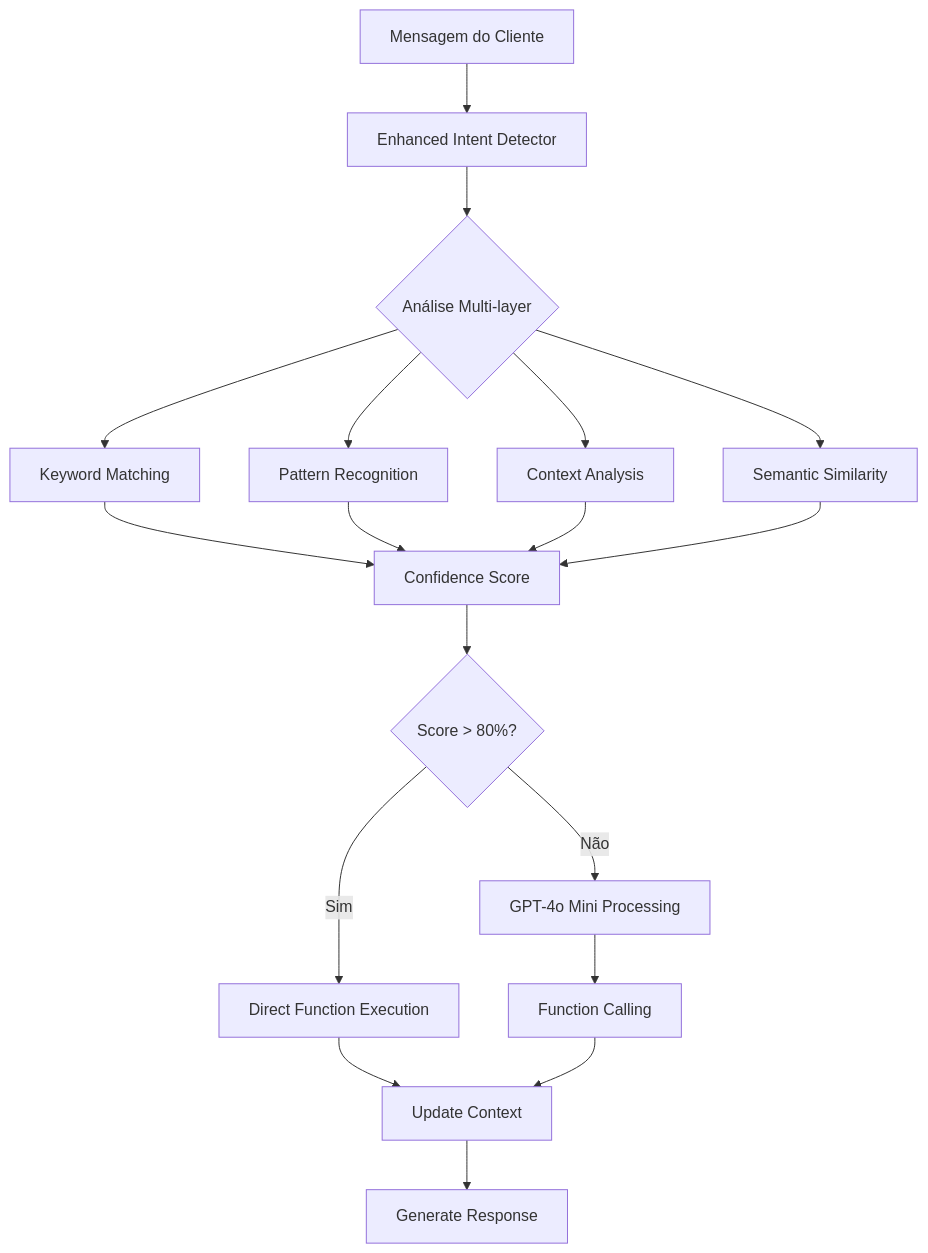
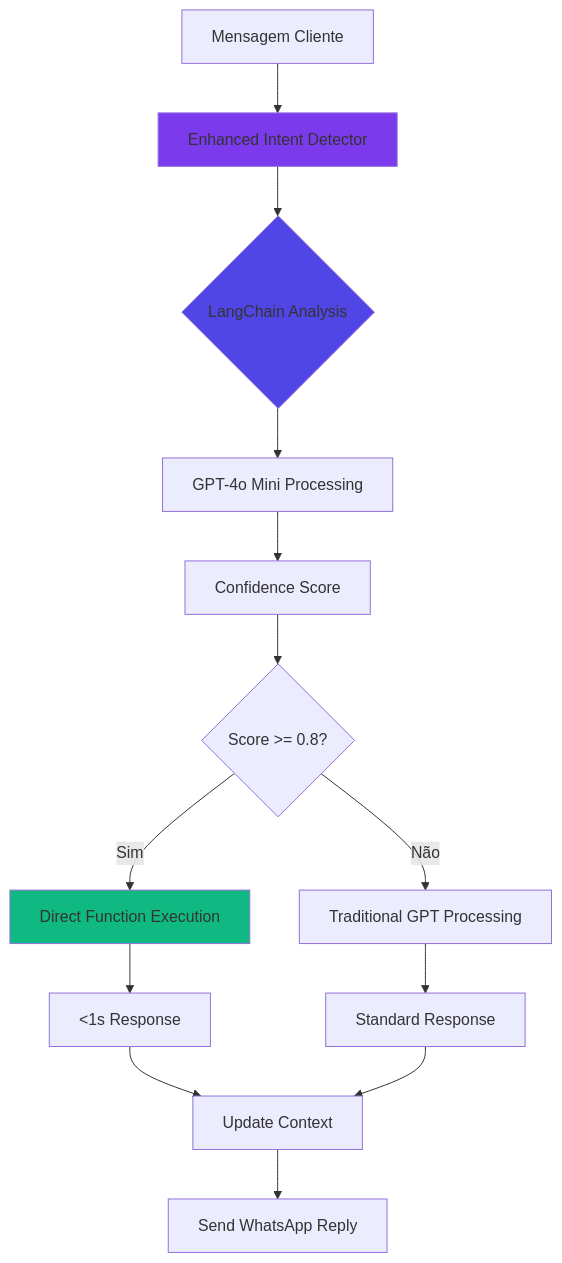
The first of 2 diagrams in SOFIA.md (IgorGewehr/locai), drawn with Mermaid before and after one commit. The commit also changed other lines of this file and 14 other files, not shown here.

````diff
--- a/SOFIA.md
+++ b/SOFIA.md
@@ -301,20 +112,19 @@
 ```mermaid
 graph TD
-    A[Mensagem do Cliente] --> B[Enhanced Intent Detector]
-    B --> C{Análise Multi-layer}
-    C --> D[Keyword Matching]
-    C --> E[Pattern Recognition]
-    C --> F[Context Analysis]
-    C --> G[Semantic Similarity]
-    D --> H[Confidence Score]
-    E --> H
-    F --> H
-    G --> H
-    H --> I{Score > 80%?}
-    I -->|Sim| J[Direct Function Execution]
-    I -->|Não| K[GPT-4o Mini Processing]
-    K --> L[Function Calling]
-    J --> M[Update Context]
-    L --> M
-    M --> N[Generate Response]
+    A[Mensagem Cliente] --> B[Enhanced Intent Detector]
+    B --> C{LangChain Analysis}
+    C --> D[GPT-4o Mini Processing]
+    D --> E[Confidence Score]
+    E --> F{Score >= 0.8?}
+    F -->|Sim| G[Direct Function Execution]
+    F -->|Não| H[Traditional GPT Processing]
+    G --> I[<1s Response]
+    H --> J[Standard Response]
+    I --> K[Update Context]
+    J --> K
+    K --> L[Send WhatsApp Reply]
+    
+    style B fill:#7c3aed
+    style C fill:#4f46e5
+    style G fill:#10b981
 ```
````
